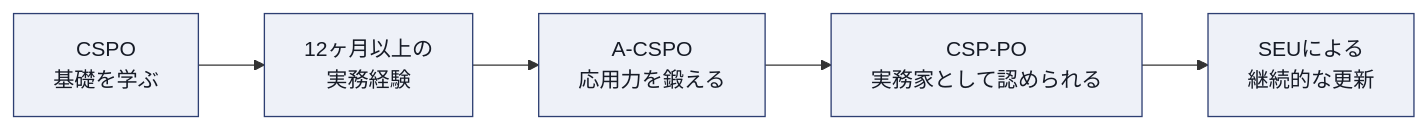
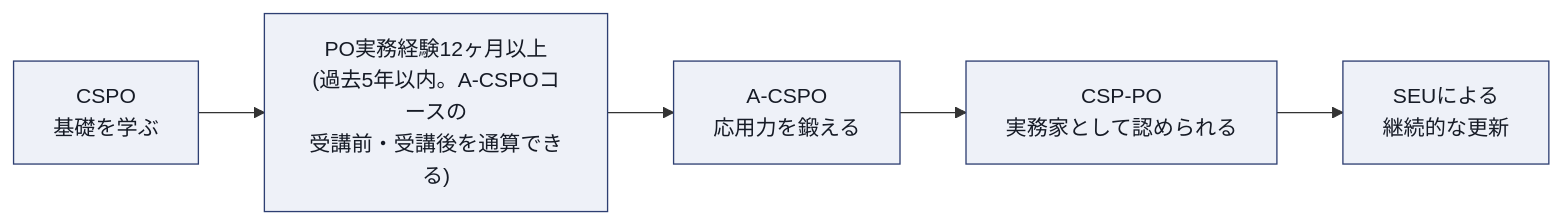
Before and after one commit to myoshi2891/Management-Team-Building-Studies: the first of 17 diagrams in A-cspo-advanced-certified-scrum-product-owner-study-guide.md, drawn with Mermaid. The commit also changed other lines of this file and 1 other file, not shown here.

Commit message:
docs: update A-CSPO and CSP-PO guides with reference links and content corrections

````diff
--- a/A-cspo-advanced-certified-scrum-product-owner-study-guide.md
+++ b/A-cspo-advanced-certified-scrum-product-owner-study-guide.md
@@ -51,15 +51,10 @@
 ```mermaid
 flowchart LR
-    A["CSPO
-基礎を学ぶ"] --> B["12ヶ月以上の
-実務経験"]
-    B --> C["A-CSPO
-応用力を鍛える"]
-    C --> D["CSP-PO
-実務家として認められる"]
-    D --> E["SEUによる
-継続的な更新"]
+    A["CSPO<br/>基礎を学ぶ"] --> B["PO実務経験12ヶ月以上<br/>(過去5年以内。A-CSPOコースの<br/>受講前・受講後を通算できる)"]
+    B --> C["A-CSPO<br/>応用力を鍛える"]
+    C --> D["CSP-PO<br/>実務家として認められる"]
+    D --> E["SEUによる<br/>継続的な更新"]
 
     classDef step fill:#EEF1F8,stroke:#2E3F72,color:#161B26
     class A,B,C,D,E step
 ```
````
